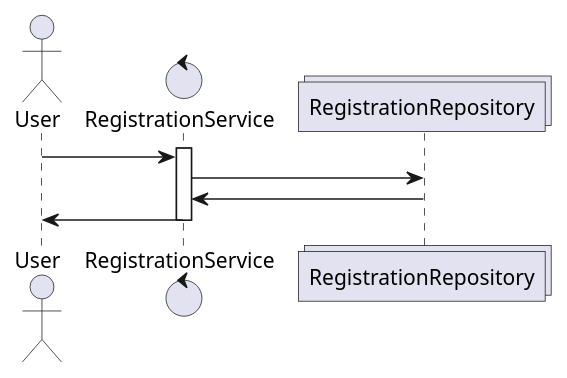
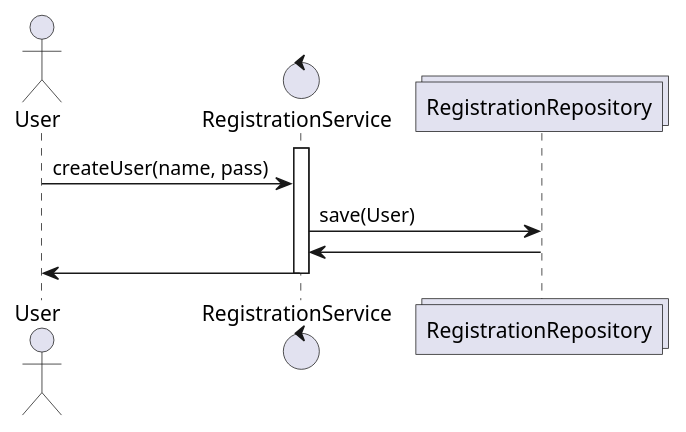
One commit to Ruskab/userRegistrationTDD changed the diagram in registrationFeature.puml. Above: the diagram before and after it, drawn with PlantUML.

Commit message:
update diagram

```diff
--- a/registrationFeature.puml
+++ b/registrationFeature.puml
@@ -1,15 +1,15 @@
 @startuml
 
 actor User as actor
 control RegistrationService as service
 collections RegistrationRepository as repository
 activate service
 
-actor -> service
-service -> repository
+actor -> service : createUser(name, pass)
+service -> repository : save(User)
 service <- repository
 actor <- service
 deactivate service
 
 
 @enduml
```
